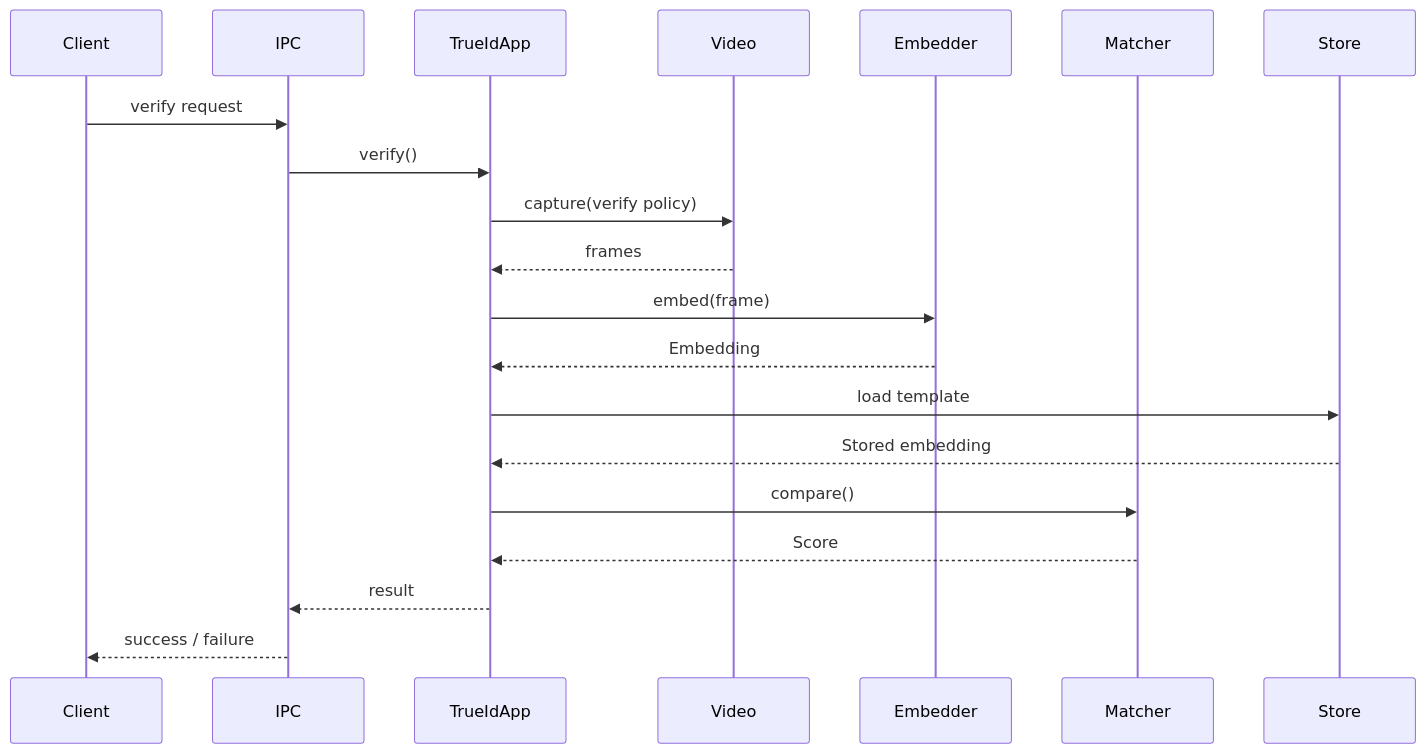
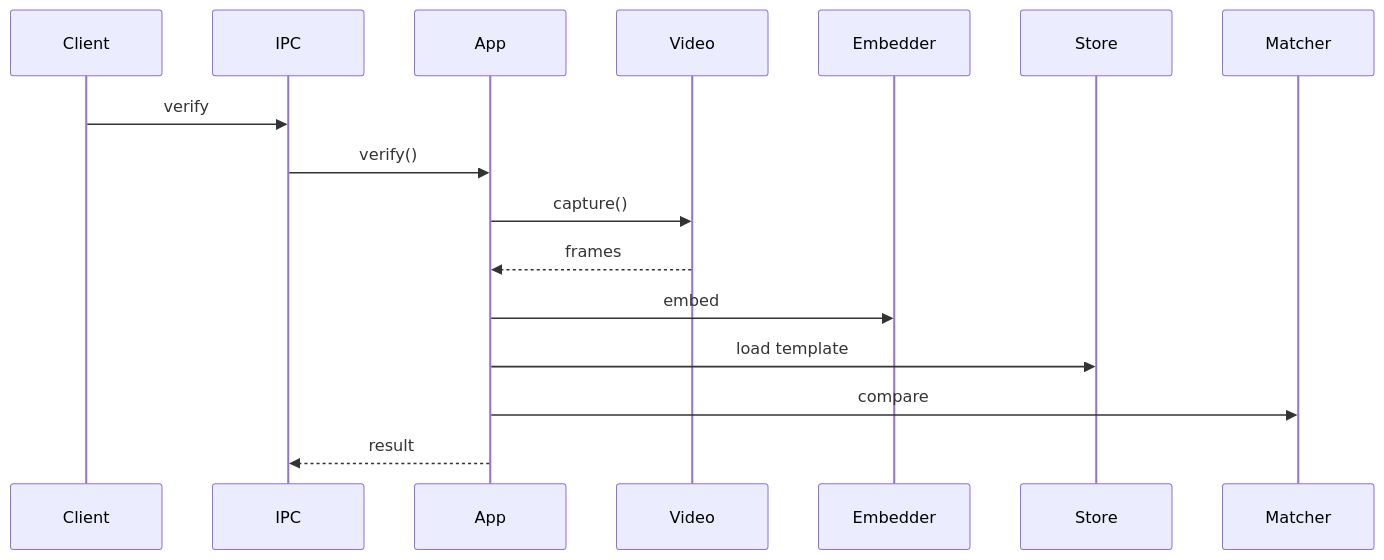
One commit to adilsaid64/trueid changed the second of 2 diagrams in docs/architecture.md. Above: the diagram before and after it, drawn with Mermaid. The commit also changed other lines of this file, not shown here.

````diff
--- a/docs/architecture.md
+++ b/docs/architecture.md
@@ -174,28 +81,14 @@
 ```mermaid
 sequenceDiagram
-    participant Client
-    participant IPC
-    participant App as TrueIdApp
-    participant Video
-    participant Embedder
-    participant Matcher
-    participant Store
-
-    Client->>IPC: verify request
+    Client->>IPC: verify
     IPC->>App: verify()
 
-    App->>Video: capture(verify policy)
+    App->>Video: capture()
     Video-->>App: frames
 
-    App->>Embedder: embed(frame)
-    Embedder-->>App: Embedding
-
+    App->>Embedder: embed
     App->>Store: load template
-    Store-->>App: Stored embedding
-
-    App->>Matcher: compare()
-    Matcher-->>App: Score
+    App->>Matcher: compare
 
     App-->>IPC: result
-    IPC-->>Client: success / failure
 ```
````
